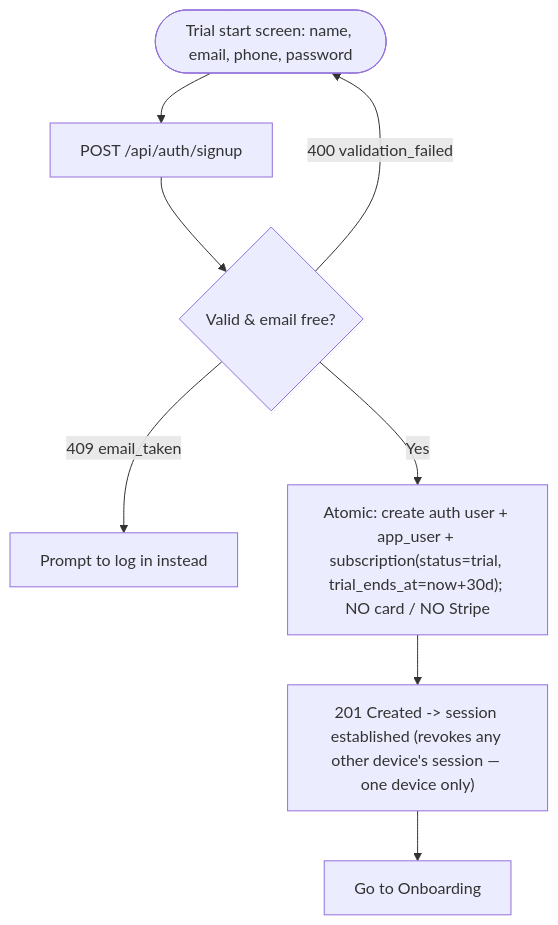
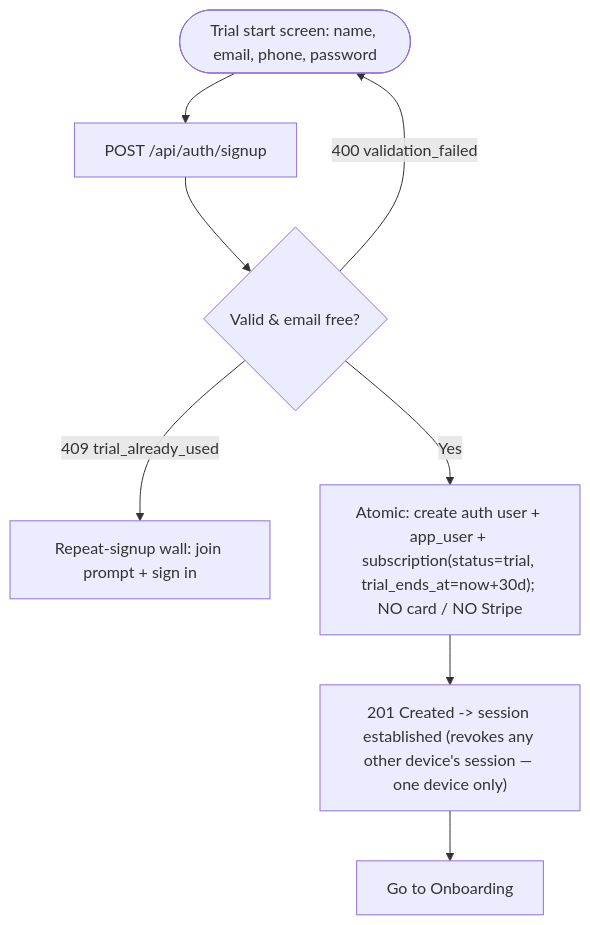
The third of 15 diagrams in docs/specs/flows.md (roomxlabs/stablepass-web), drawn with Mermaid before and after one commit. The commit also changed 2 other files, not shown here.

Commit message:
ENG-763 · docs: the signup 409 is now trial_already_used
docs/specs/api-contract.md and flows.md both still documented 409
email_taken for POST /api/auth/signup. Changing the code without them
leaves the repo's own authoritative contract wrong.

Only the status code is touched. That api-contract row ALSO still
describes the request as { name, email, phone, password } when ENG-571
split it into first/last/postcode - pre-existing drift, not this
ticket's to fix, flagged on the PR instead.

````diff
--- a/docs/specs/flows.md
+++ b/docs/specs/flows.md
@@ -72,10 +72,10 @@
 ```mermaid
 flowchart TD
     A([Trial start screen: name, email, phone, password]) --> B["POST /api/auth/signup"]
     B --> C{Valid & email free?}
     C -- "400 validation_failed" --> A
-    C -- "409 email_taken" --> A2[Prompt to log in instead]
+    C -- "409 trial_already_used" --> A2[Repeat-signup wall: join prompt + sign in]
     C -- Yes --> D["Atomic: create auth user + app_user + subscription(status=trial, trial_ends_at=now+30d); NO card / NO Stripe"]
     D --> E["201 Created -> session established (revokes any other device's session — one device only)"]
     E --> F[Go to Onboarding]
 ```
````
